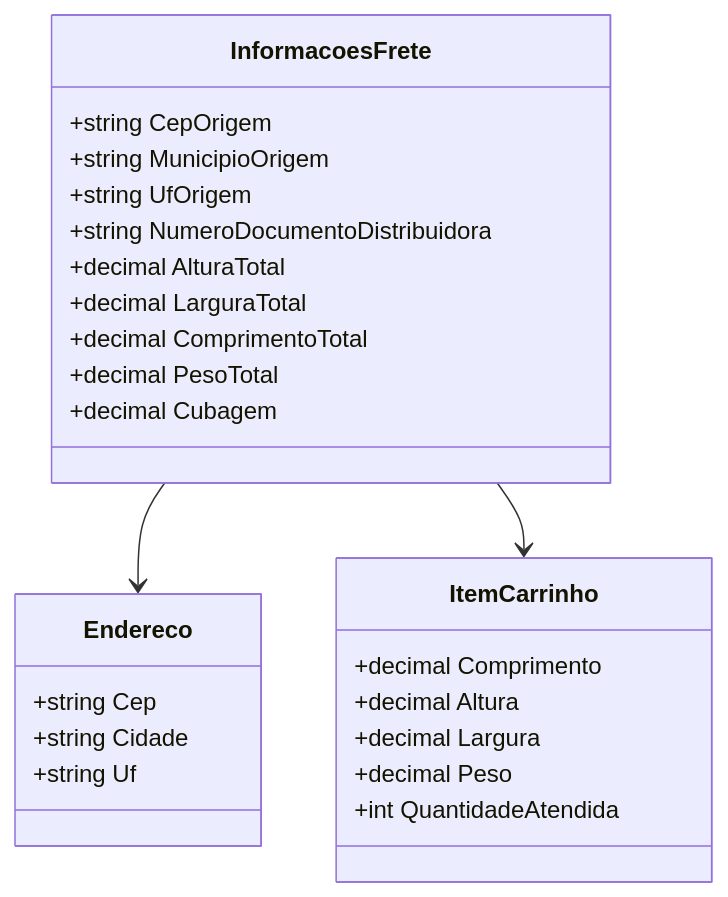
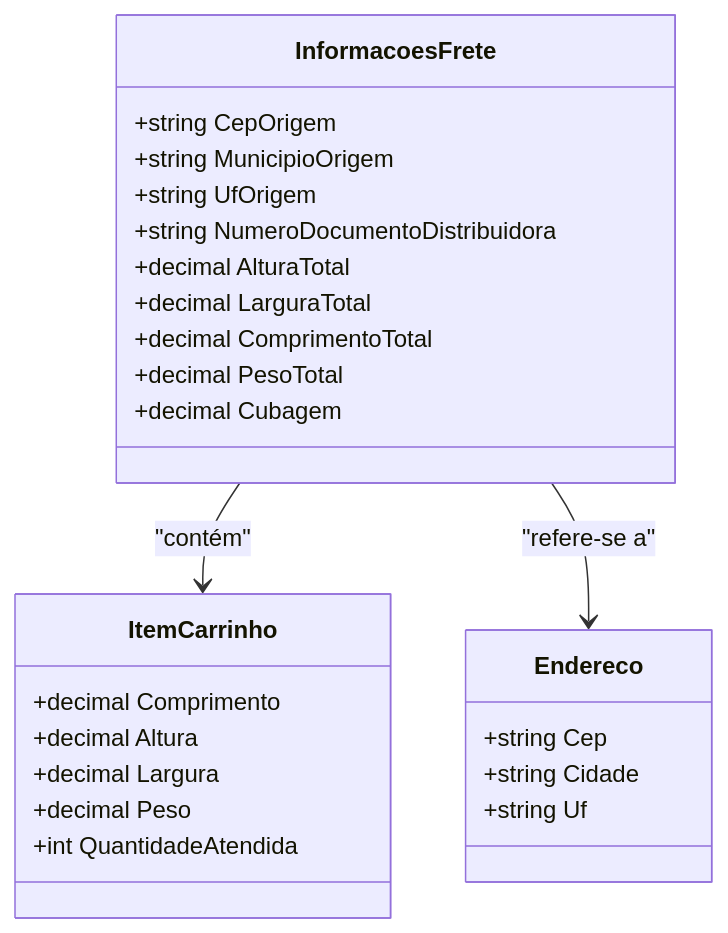
Before and after one commit to IsthmusSistemas/documentacao-tecnica: the second of 2 diagrams in docs/b2b-dominio/IsthmusWinthor.Nucleo/IsthmusWinthor.Dominio/POCO/InformacoesFrete.md, drawn with Mermaid. The commit also changed other lines of this file and 882 other files, not shown here.

````diff
--- a/docs/b2b-dominio/IsthmusWinthor.Nucleo/IsthmusWinthor.Dominio/POCO/InformacoesFrete.md
+++ b/docs/b2b-dominio/IsthmusWinthor.Nucleo/IsthmusWinthor.Dominio/POCO/InformacoesFrete.md
@@ -64,31 +45,31 @@
 ```mermaid
 classDiagram
     class InformacoesFrete {
         +string CepOrigem
         +string MunicipioOrigem
         +string UfOrigem
         +string NumeroDocumentoDistribuidora
         +decimal AlturaTotal
         +decimal LarguraTotal
         +decimal ComprimentoTotal
         +decimal PesoTotal
         +decimal Cubagem
     }
 
-    class Endereco {
-        +string Cep
-        +string Cidade
-        +string Uf
-    }
-
     class ItemCarrinho {
         +decimal Comprimento
         +decimal Altura
         +decimal Largura
         +decimal Peso
         +int QuantidadeAtendida
     }
 
-    InformacoesFrete --> Endereco
-    InformacoesFrete --> ItemCarrinho
-``` 
+    class Endereco {
+        +string Cep
+        +string Cidade
+        +string Uf
+    }
+
+    InformacoesFrete --> ItemCarrinho : "contém"
+    InformacoesFrete --> Endereco : "refere-se a"
+```
````
